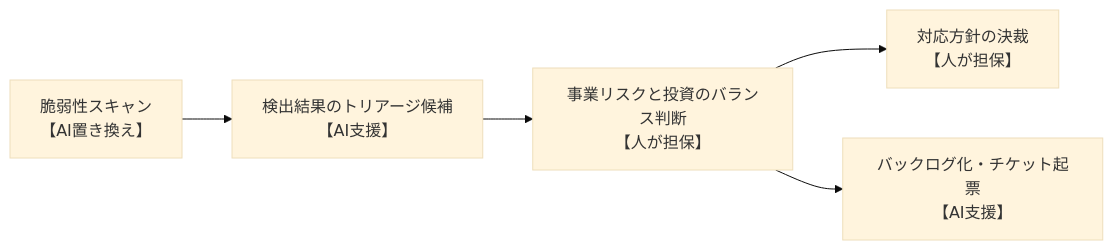
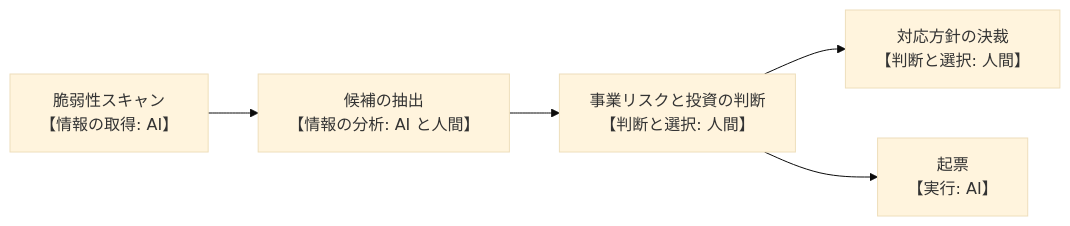
Before and after one commit to Takenori-Kusaka/process-compass: the diagram in src/content/docs/phase3-gap-analysis/role-mapping.md, drawn with Mermaid (base theme). The commit also changed other lines of this file and 5 other files, not shown here.

````diff
--- a/src/content/docs/phase3-gap-analysis/role-mapping.md
+++ b/src/content/docs/phase3-gap-analysis/role-mapping.md
@@ -45,7 +109,7 @@
 ```mermaid
 graph LR
-  A["脆弱性スキャン<br>【AI置き換え】"] --> B["検出結果のトリアージ候補<br>【AI支援】"]
-  B --> C["事業リスクと投資のバランス判断<br>【人が担保】"]
-  C --> D["対応方針の決裁<br>【人が担保】"]
-  C --> E["バックログ化・チケット起票<br>【AI支援】"]
+  A["脆弱性スキャン<br>【情報の取得: AI】"] --> B["候補の抽出<br>【情報の分析: AI と人間】"]
+  B --> C["事業リスクと投資の判断<br>【判断と選択: 人間】"]
+  C --> D["対応方針の決裁<br>【判断と選択: 人間】"]
+  C --> E["起票<br>【実行: AI】"]
 ```
````
